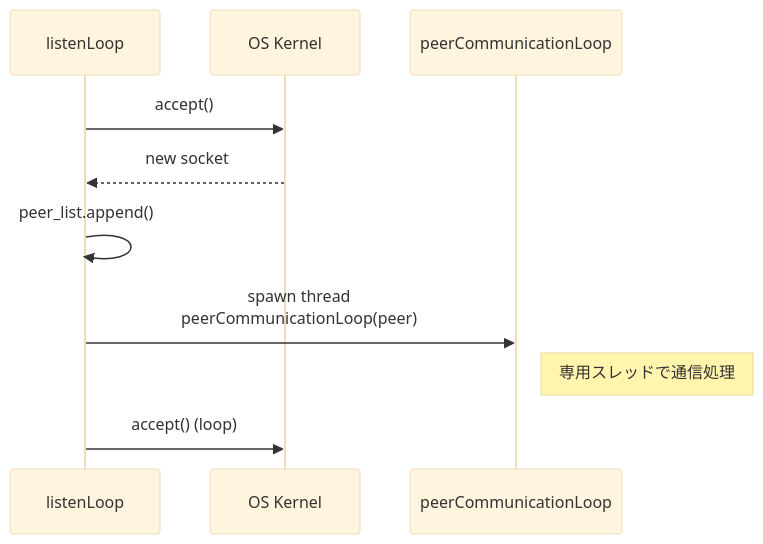
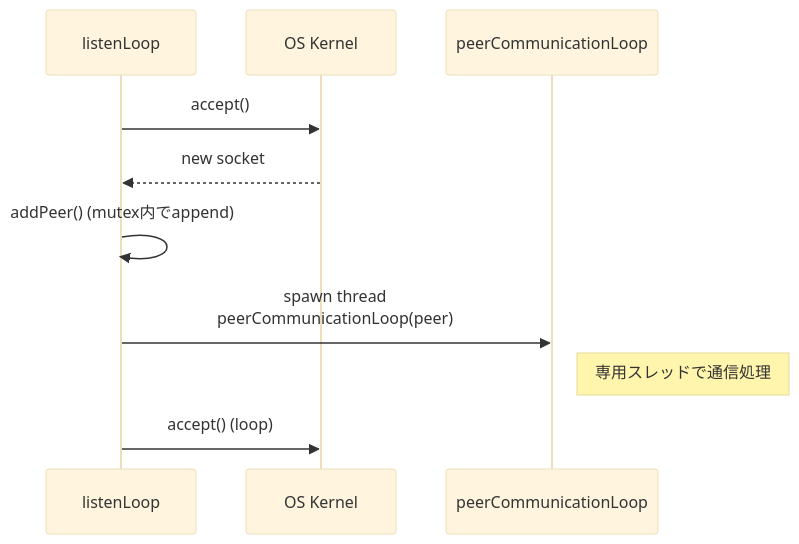
The first of 2 diagrams in books/zig-blockchain/chapter8.md (susumutomita/zenn-article), drawn with Mermaid (base theme) before and after one commit. The commit also changed other lines of this file and 12 other files, not shown here.

````diff
--- a/books/zig-blockchain/chapter8.md
+++ b/books/zig-blockchain/chapter8.md
@@ -173,12 +362,12 @@
 ```mermaid
 sequenceDiagram
     participant L as listenLoop
     participant K as OS Kernel
     participant P as peerCommunicationLoop
     L->>K: accept()
     K-->>L: new socket
-    L->>L: peer_list.append()
+    L->>L: addPeer() (mutex内でappend)
     L->>P: spawn thread<br/>peerCommunicationLoop(peer)
     note right of P: 専用スレッドで通信処理
     L->>K: accept() (loop)
 ```
````
